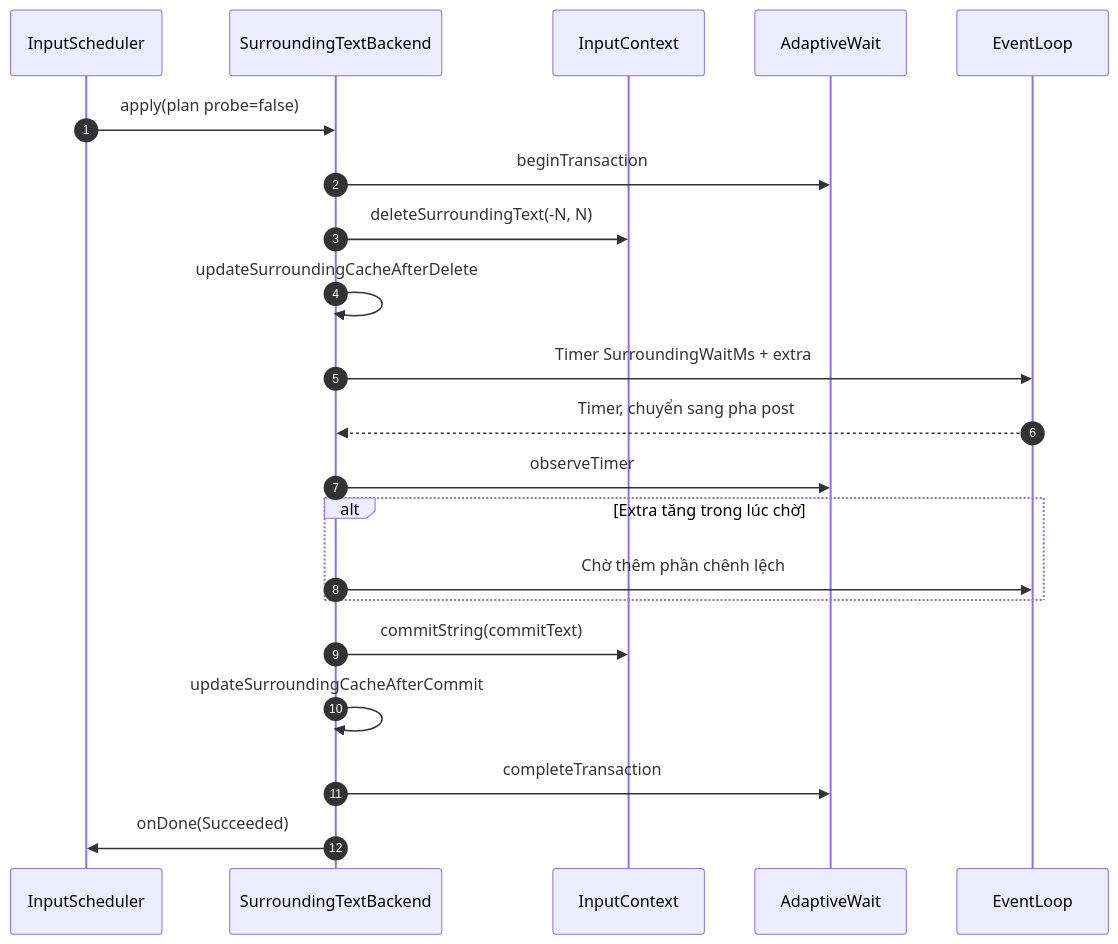
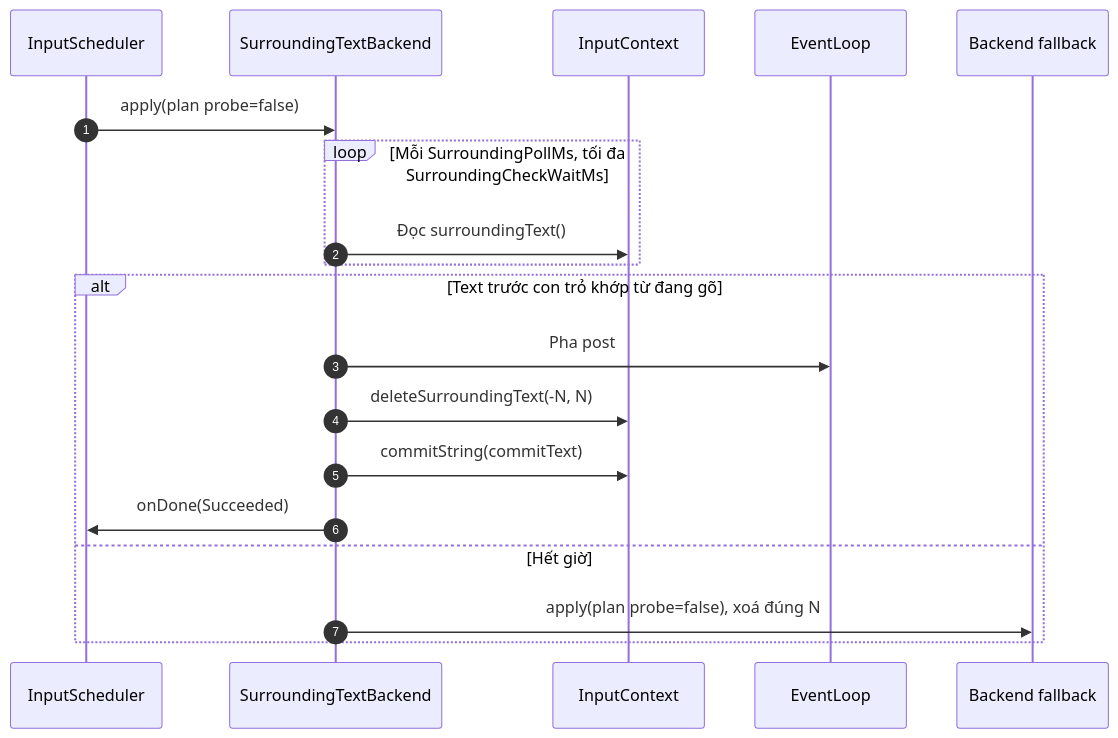
The third of 6 diagrams in docs/ARECA_ARCHITECTURE_SPECIFICATION.md (xhkzeroone/ArecaIME), drawn with Mermaid before and after one commit. The commit also changed other lines of this file and 20 other files, not shown here.

First line of the commit message:
Wait for the app's snapshot before deleting with surrounding text

````diff
--- a/docs/ARECA_ARCHITECTURE_SPECIFICATION.md
+++ b/docs/ARECA_ARCHITECTURE_SPECIFICATION.md
@@ -166,24 +175,22 @@
 ```mermaid
 sequenceDiagram
     autonumber
     participant S as InputScheduler
     participant B as SurroundingTextBackend
     participant IC as InputContext
-    participant AW as AdaptiveWait
     participant EL as EventLoop
+    participant FB as Backend fallback
 
     S->>B: apply(plan probe=false)
-    B->>AW: beginTransaction
-    B->>IC: deleteSurroundingText(-N, N)
-    B->>B: updateSurroundingCacheAfterDelete
-    B->>EL: Timer SurroundingWaitMs + extra
-    EL-->>B: Timer, chuyển sang pha post
-    B->>AW: observeTimer
-    alt Extra tăng trong lúc chờ
-        B->>EL: Chờ thêm phần chênh lệch
+    loop Mỗi SurroundingPollMs, tối đa SurroundingCheckWaitMs
+        B->>IC: Đọc surroundingText()
     end
-    B->>IC: commitString(commitText)
-    B->>B: updateSurroundingCacheAfterCommit
-    B->>AW: completeTransaction
-    B->>S: onDone(Succeeded)
+    alt Text trước con trỏ khớp từ đang gõ
+        B->>EL: Pha post
+        B->>IC: deleteSurroundingText(-N, N)
+        B->>IC: commitString(commitText)
+        B->>S: onDone(Succeeded)
+    else Hết giờ
+        B->>FB: apply(plan probe=false), xoá đúng N
+    end
 ```
````
